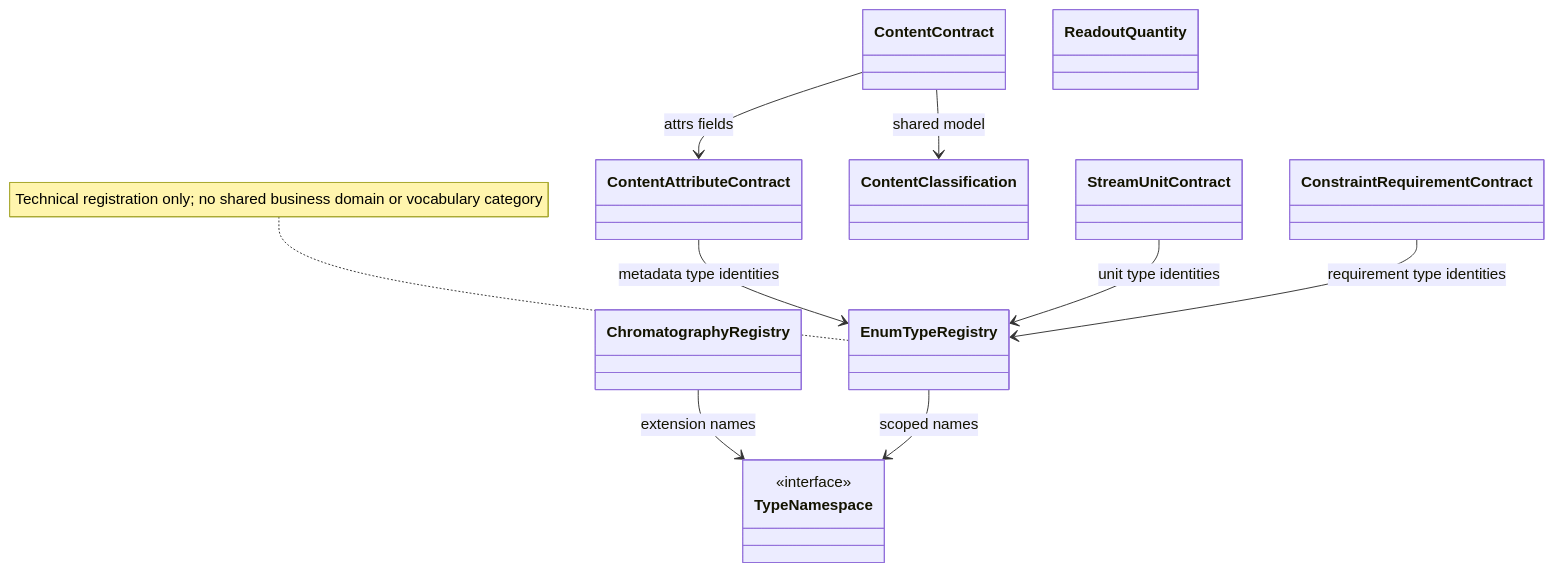
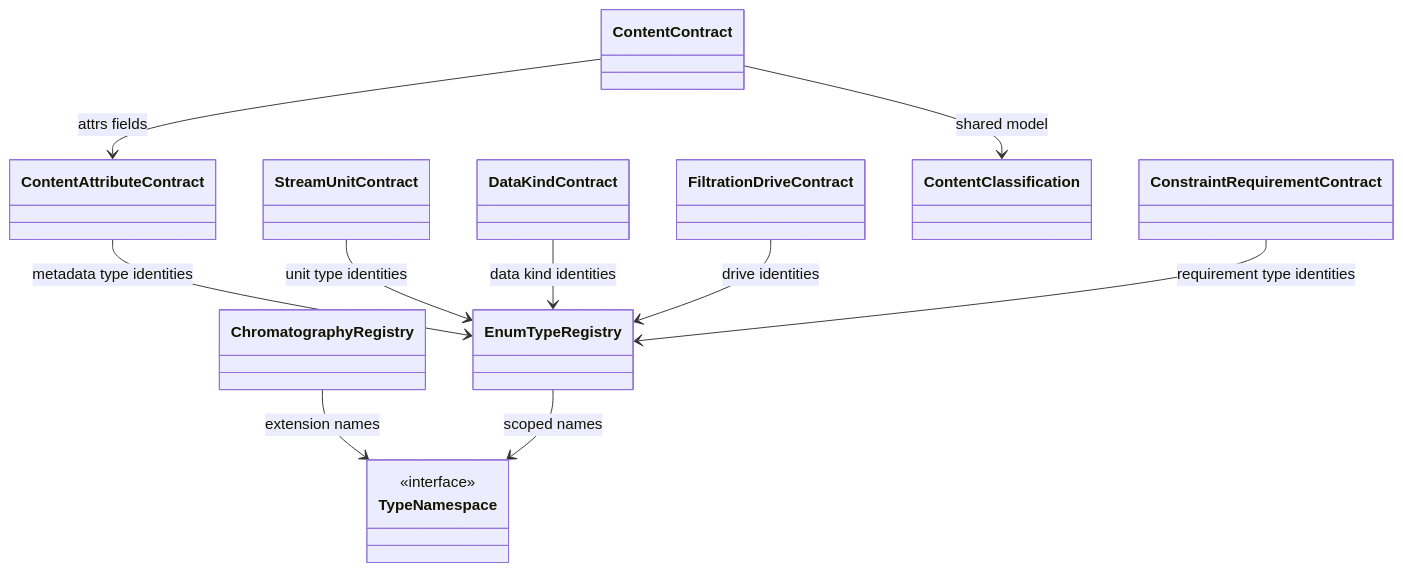
The third of 5 diagrams in docs/global_architecture_diagrams.md (culsma/culsma), drawn with Mermaid before and after one commit. The commit also changed other lines of this file and 3 other files, not shown here.

Commit message:
docs: simplify architecture and plan gradual language ownership

````diff
--- a/docs/global_architecture_diagrams.md
+++ b/docs/global_architecture_diagrams.md
@@ -65,21 +131,23 @@
 ```mermaid
 classDiagram
     class ContentContract
     class StreamUnitContract
     class ConstraintRequirementContract
     class ChromatographyRegistry
-    class ReadoutQuantity
+    class DataKindContract
+    class FiltrationDriveContract
     class ContentClassification
     class EnumTypeRegistry
     class TypeNamespace {
         <<interface>>
     }
     ContentContract --> ContentClassification : shared model
     ContentContract --> ContentAttributeContract : attrs fields
     ContentAttributeContract --> EnumTypeRegistry : metadata type identities
     StreamUnitContract --> EnumTypeRegistry : unit type identities
+    DataKindContract --> EnumTypeRegistry : data kind identities
+    FiltrationDriveContract --> EnumTypeRegistry : drive identities
     ConstraintRequirementContract --> EnumTypeRegistry : requirement type identities
     ChromatographyRegistry --> TypeNamespace : extension names
     EnumTypeRegistry --> TypeNamespace : scoped names
-    note for EnumTypeRegistry "Technical registration only; no shared business domain or vocabulary category"
 ```
````
